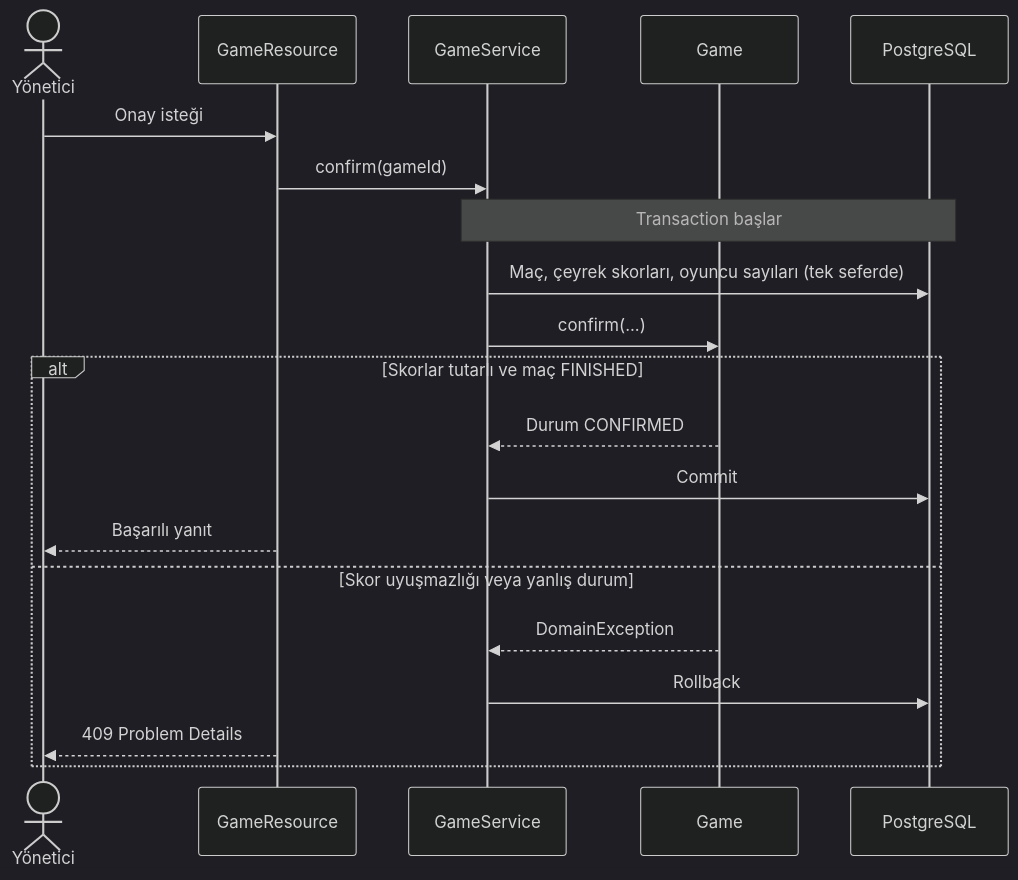
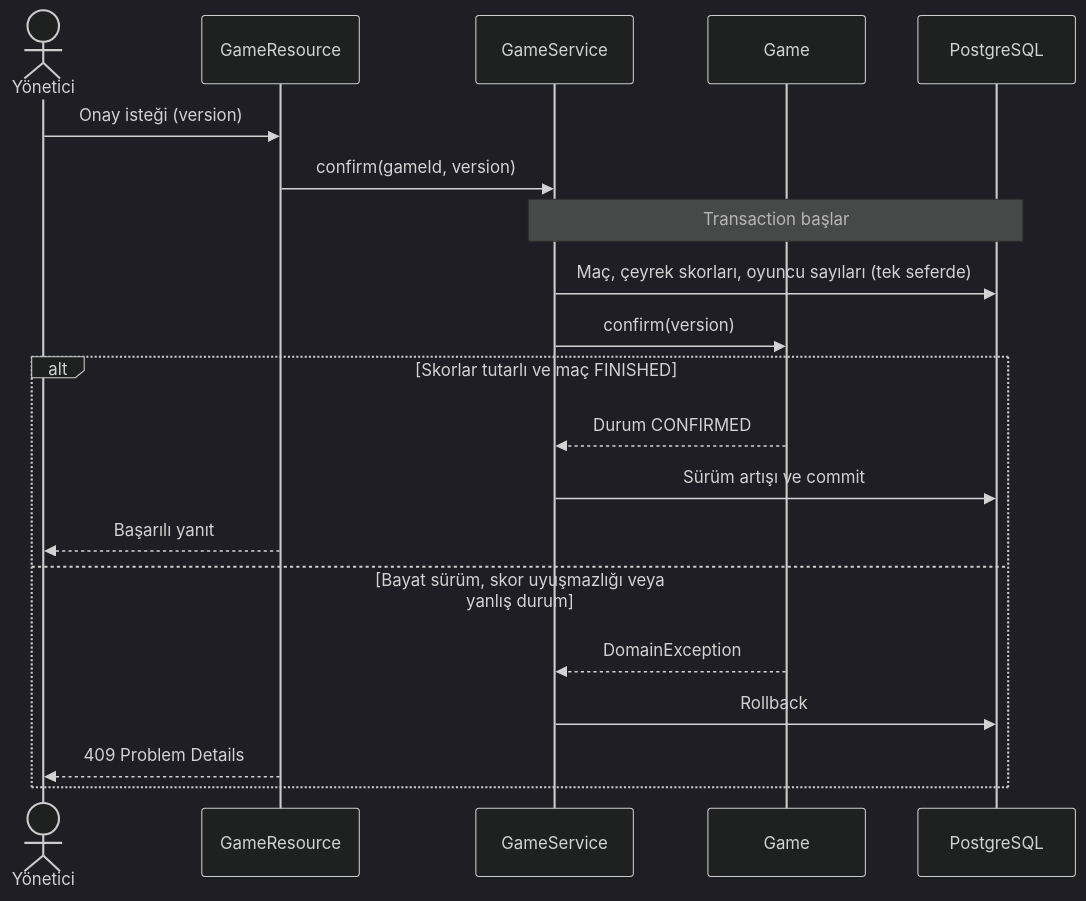
Before and after one commit to software-lecture-labs/basketball-league-manager: the fourth of 4 diagrams in README.md, drawn with Mermaid (dark theme). The commit also changed other lines of this file and 3 other files, not shown here.

````diff
--- a/README.md
+++ b/README.md
@@ -173,22 +175,22 @@
 ```mermaid
 sequenceDiagram
     actor Y as Yönetici
     participant R as GameResource
     participant S as GameService
     participant G as Game
     participant DB as PostgreSQL
-    Y->>R: Onay isteği
-    R->>S: confirm(gameId)
+    Y->>R: Onay isteği (version)
+    R->>S: confirm(gameId, version)
     Note over S,DB: Transaction başlar
     S->>DB: Maç, çeyrek skorları, oyuncu sayıları (tek seferde)
-    S->>G: confirm(...)
+    S->>G: confirm(version)
     alt Skorlar tutarlı ve maç FINISHED
         G-->>S: Durum CONFIRMED
-        S->>DB: Commit
+        S->>DB: Sürüm artışı ve commit
         R-->>Y: Başarılı yanıt
-    else Skor uyuşmazlığı veya yanlış durum
+    else Bayat sürüm, skor uyuşmazlığı veya yanlış durum
         G-->>S: DomainException
         S->>DB: Rollback
         R-->>Y: 409 Problem Details
     end
 ```
````
